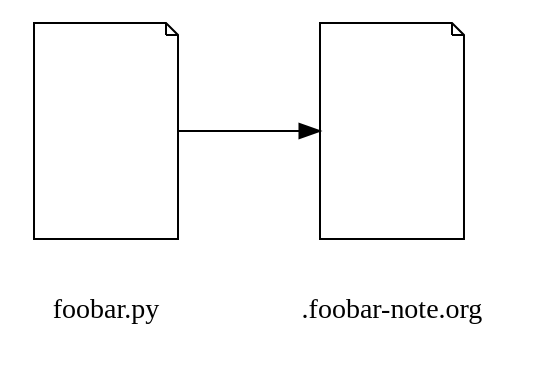
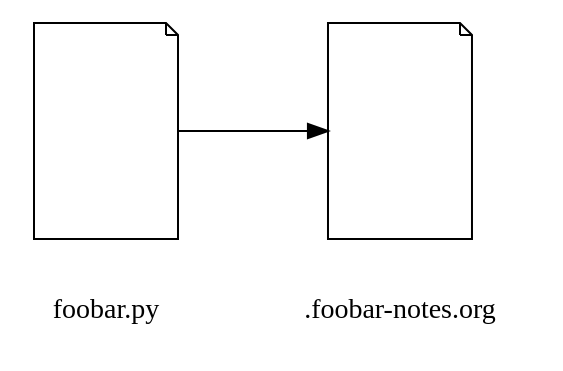
One commit to howardabrams/hamacs changed the diagram in ha-code-notes.org. Above: the diagram before and after it, drawn with Graphviz. The commit also changed other lines of this file and 2 other files, not shown here.

```diff
--- a/ha-code-notes.org
+++ b/ha-code-notes.org
@@ -34,19 +35,19 @@
-#+begin_src dot :file ha-code-notes-illustration.png :exports file :results file
+#+begin_src dot :file ha-code-notes-illustration.png :results file :exports results
   digraph G {
     rankdir=LR;
     // Make to icons side-by-side
     code_file [shape=note, label="", fixedsize=true, width=1, height=1.5];
     note_file [shape=note, label="", fixedsize=true, width=1, height=1.5];
 
     // Create a couple of label to live _below_ the icons:
     code_label [shape=plaintext, label="foobar.py"];
-    note_label [shape=plaintext, label=".foobar-note.org"];
+    note_label [shape=plaintext, label=".foobar-notes.org"];
     { rank=same; code_file; code_label; }
     { rank=same; note_file; note_label; }
     code_file -> code_label [style=invis];
     note_file -> note_label [style=invis];
 
     // Connect the code and note icons:
     code_file -> note_file;
   }
 #+end_src
```
